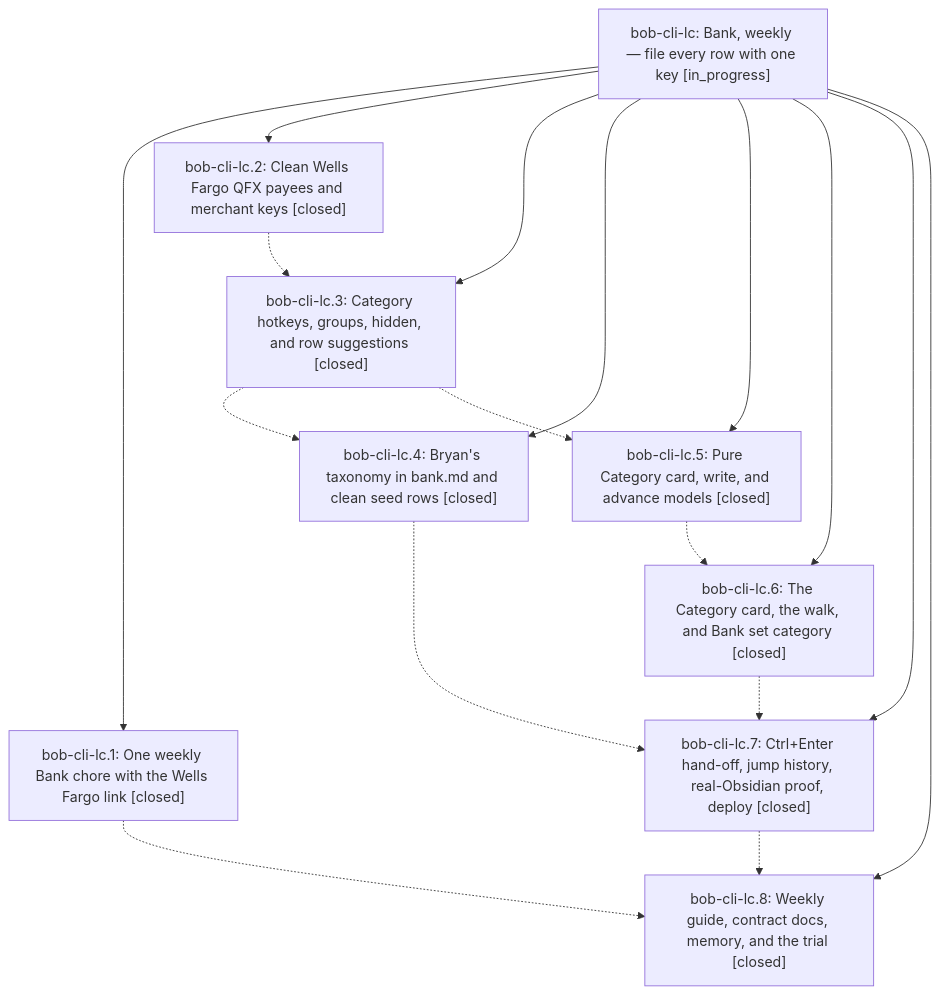
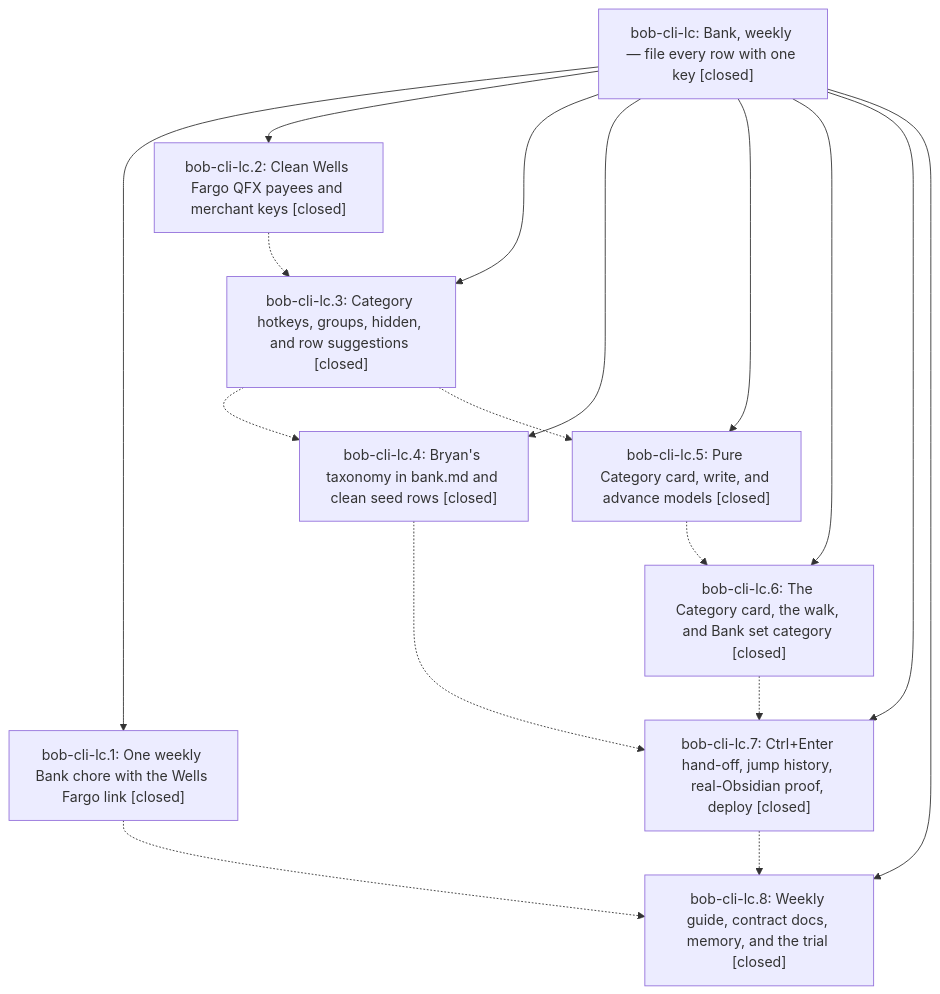
One commit to bobs-org/bob-cli--beads changed the diagram in pages/bob-cli-lc/README.md. Above: the diagram before and after it, drawn with Mermaid. The commit also changed other lines of this file and 4 other files, not shown here.

First line of the commit message:
chore(beads): sync bead state and pages for bob-cli-lc

````diff
--- a/pages/bob-cli-lc/README.md
+++ b/pages/bob-cli-lc/README.md
@@ -43,28 +58,28 @@
 ```mermaid
 flowchart TD
-    n0["bob-cli-lc: Bank, weekly — file every row with one key [in_progress]"]
+    n0["bob-cli-lc: Bank, weekly — file every row with one key [closed]"]
     n1["bob-cli-lc.1: One weekly Bank chore with the Wells Fargo link [closed]"]
     n2["bob-cli-lc.2: Clean Wells Fargo QFX payees and merchant keys [closed]"]
     n3["bob-cli-lc.3: Category hotkeys, groups, hidden, and row suggestions [closed]"]
     n4["bob-cli-lc.4: Bryan's taxonomy in bank.md and clean seed rows [closed]"]
     n5["bob-cli-lc.5: Pure Category card, write, and advance models [closed]"]
     n6["bob-cli-lc.6: The Category card, the walk, and Bank set category [closed]"]
     n7["bob-cli-lc.7: Ctrl+Enter hand-off, jump history, real-Obsidian proof, deploy [closed]"]
     n8["bob-cli-lc.8: Weekly guide, contract docs, memory, and the trial [closed]"]
     n0 --> n1
     n0 --> n2
     n0 --> n3
     n0 --> n4
     n0 --> n5
     n0 --> n6
     n0 --> n7
     n0 --> n8
     n1 -.-> n8
     n2 -.-> n3
     n3 -.-> n4
     n3 -.-> n5
     n4 -.-> n7
     n5 -.-> n6
     n6 -.-> n7
     n7 -.-> n8
 ```
````
